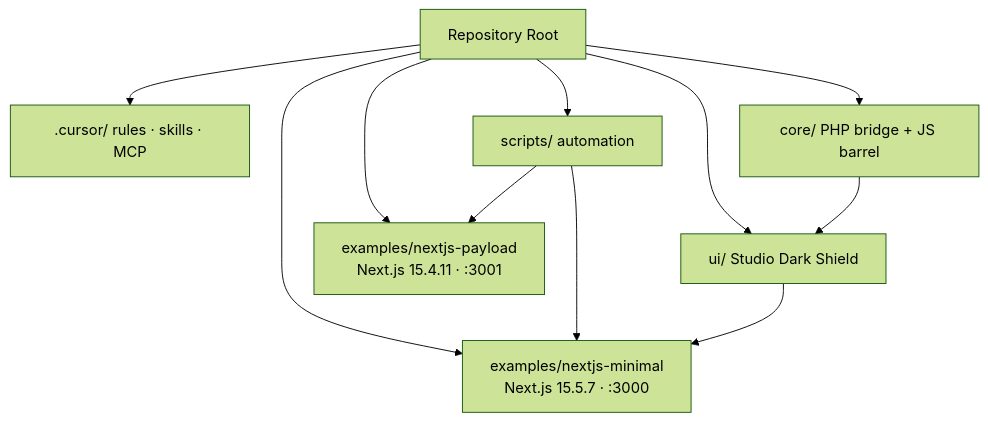
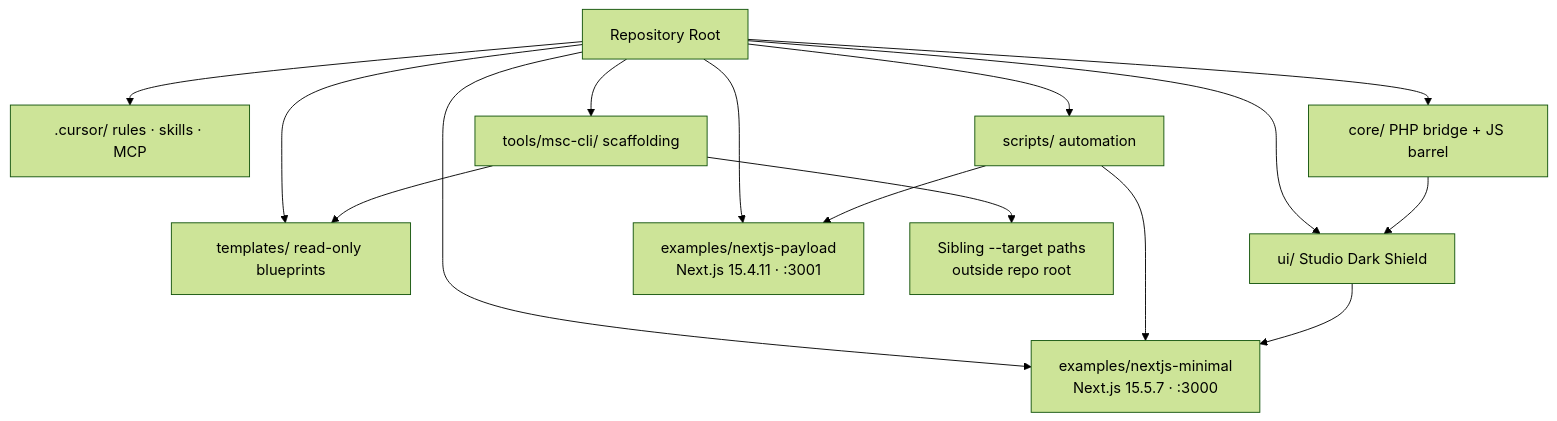
The diagram in ARCHITECTURE.md (jonbeatz/Vader-Engine), drawn with Mermaid (forest theme) before and after one commit. The commit also changed other lines of this file and 18 other files, not shown here.

````diff
--- a/ARCHITECTURE.md
+++ b/ARCHITECTURE.md
@@ -5,21 +5,28 @@
 ```mermaid
 flowchart TB
   Root[Repository Root]
   Cursor[".cursor/ rules · skills · MCP"]
   Scripts["scripts/ automation"]
+  CLI["tools/msc-cli/ scaffolding"]
+  Templates["templates/ read-only blueprints"]
   UI["ui/ Studio Dark Shield"]
   Minimal["examples/nextjs-minimal<br/>Next.js 15.5.7 · :3000"]
   Payload["examples/nextjs-payload<br/>Next.js 15.4.11 · :3001"]
   Core["core/ PHP bridge + JS barrel"]
+  Target["Sibling --target paths<br/>outside repo root"]
 
   Root --> Cursor
   Root --> Scripts
+  Root --> CLI
+  Root --> Templates
   Root --> UI
   Root --> Minimal
   Root --> Payload
   Root --> Core
+  CLI --> Templates
+  CLI --> Target
   Scripts --> Minimal
   Scripts --> Payload
   UI --> Minimal
   Core --> UI
 ```
````
